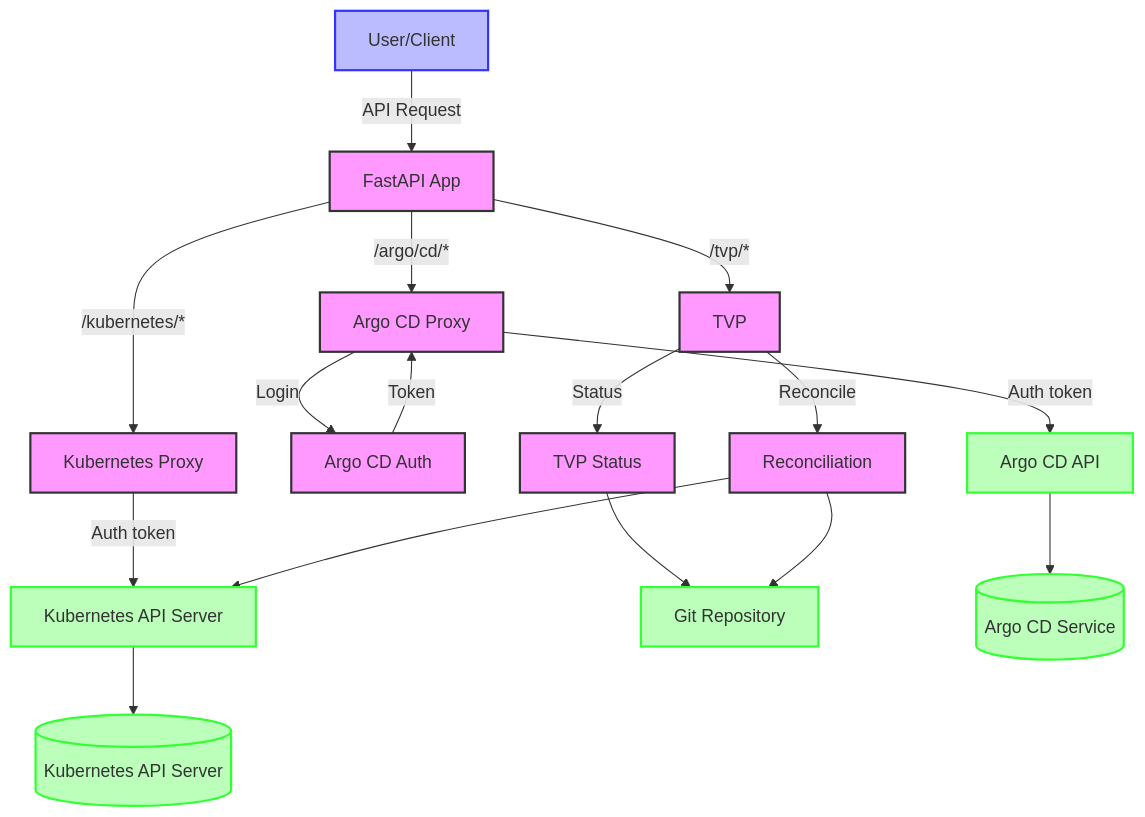
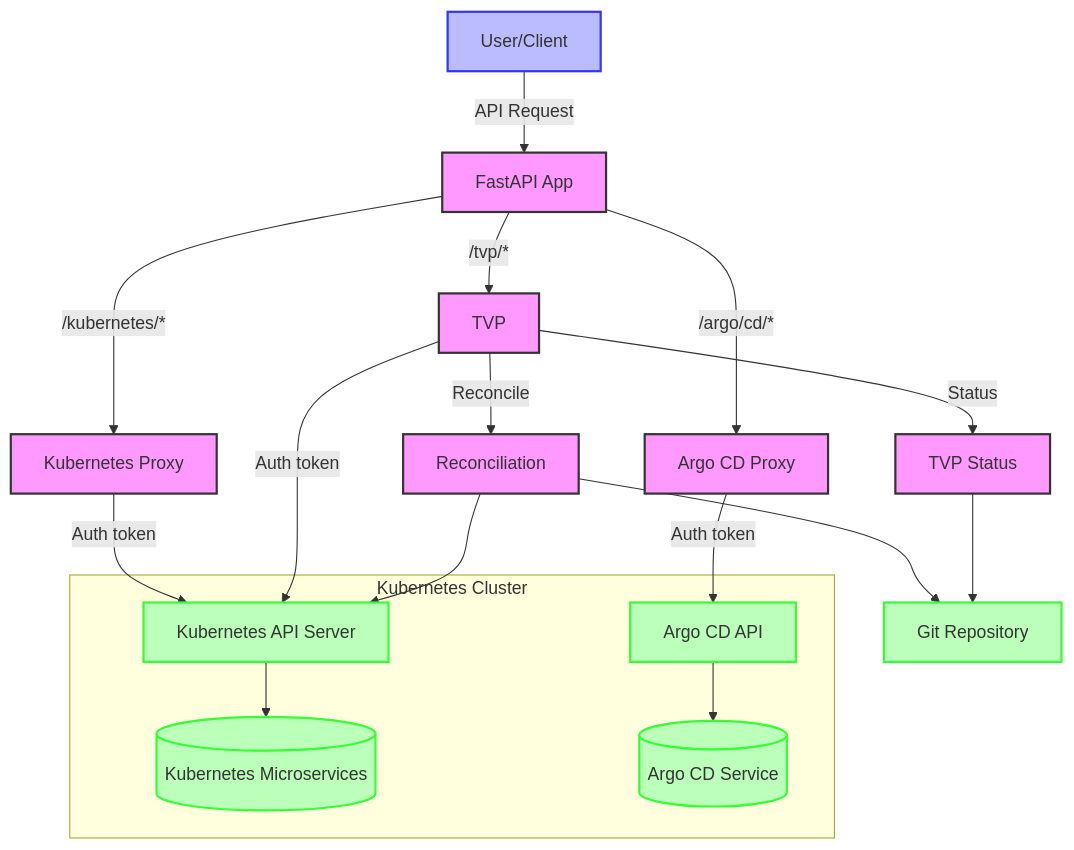
Before and after one commit to lloydchang/tvp-k8s: the ninth of 9 diagrams in README.md, drawn with Mermaid. The commit also changed other lines of this file, not shown here.

````diff
--- a/README.md
+++ b/README.md
@@ -593,32 +593,31 @@
 ```mermaid
 flowchart TD
     User[User/Client] -->|API Request| API[FastAPI App]
     
     API -->|/kubernetes/*| KP[Kubernetes Proxy]
     API -->|/argo/cd/*| AP[Argo CD Proxy]
     API -->|/tvp/*| TVP[TVP]
-    
-    KP -->|Auth token| KA[Kubernetes API Server]
-    AP -->|Login| Auth[Argo CD Auth]
-    Auth -->|Token| AP
-    AP -->|Auth token| AA[Argo CD API]
-    
+        
     TVP -->|Status| TS[TVP Status]
     TVP -->|Reconcile| R[Reconciliation]
     
     TS --> Git[Git Repository]
     R --> Git
     R --> KA
-    
-    KA --> Kubernetes[(Kubernetes API Server)]
-    AA --> ArgoCD[(Argo CD Service)]
-    
+    TVP -->|Auth token| KA[Kubernetes API Server]
+    KP -->|Auth token| KA[Kubernetes API Server]
+    AP -->|Auth token| AA[Argo CD API]
+    subgraph "Kubernetes Cluster"
+        KA --> Kubernetes[(Kubernetes Microservices)]
+        AA --> ArgoCD[(Argo CD Service)]
+    end
+
     classDef user fill:#bbf,stroke:#33f,stroke-width:2px
     classDef app fill:#f9f,stroke:#333,stroke-width:2px
     classDef external fill:#bfb,stroke:#3f3,stroke-width:2px
     
     class User user
-    class API,KP,AP,TVP,TS,R,Auth app
-    class Kubernetes,ArgoCD,Git,KA,AA external
+    class API,KP,AP,TVP,TS,R app
+    class Kubernetes,ArgoCD,Git,KA,AA,Auth external
 
 ```
````
